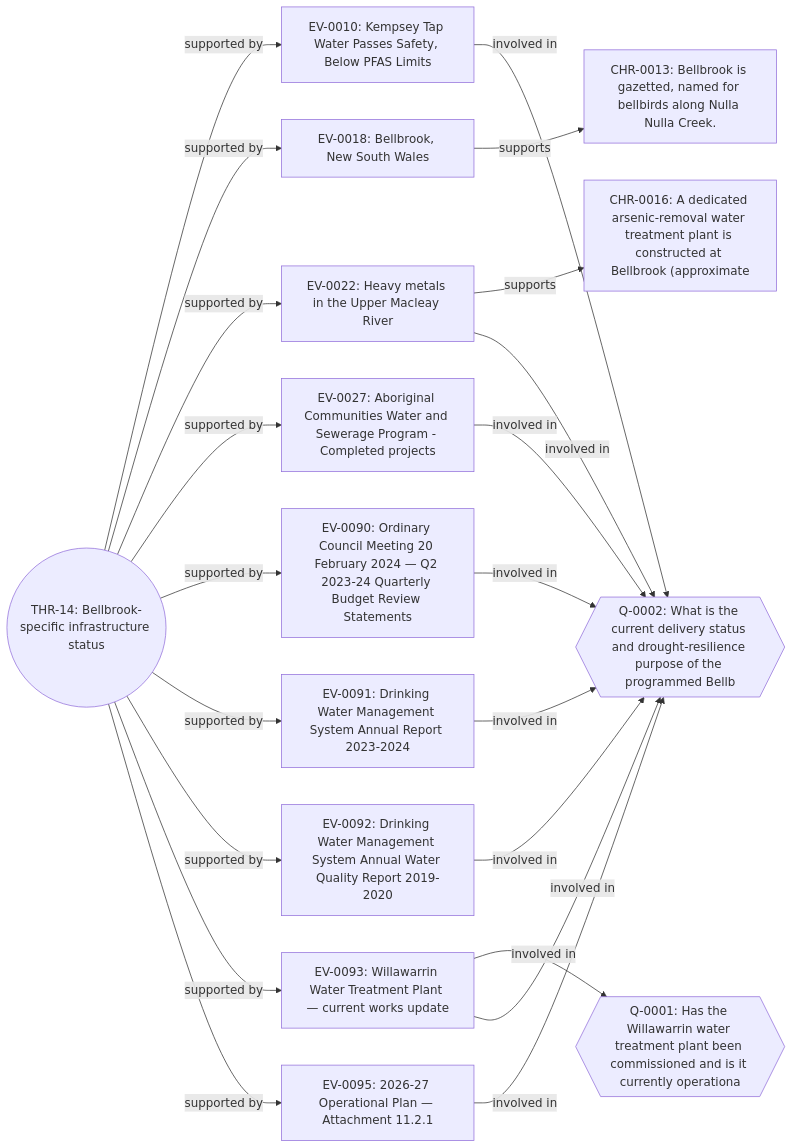
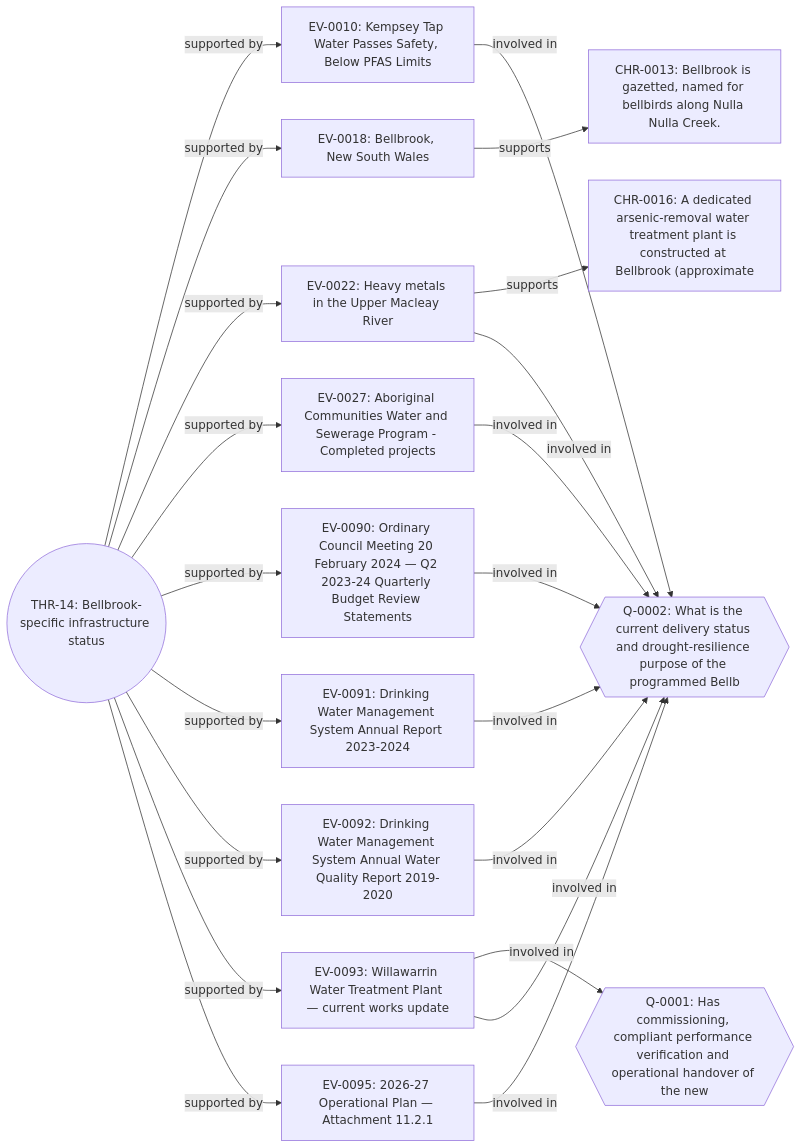
Before and after one commit to mayhem82/mayhem-investigations: diagram 13 of 49 in docs/RELATIONSHIP_MAP.md, drawn with Mermaid. The commit also changed other lines of this file, not shown here.

````diff
--- a/docs/RELATIONSHIP_MAP.md
+++ b/docs/RELATIONSHIP_MAP.md
@@ -422,37 +422,37 @@
 ```mermaid
 flowchart LR
   DFAPTI_BB_2026_00001_THRD_THR_14(("THR-14: Bellbrook-specific infrastructure status"))
   DFAPTI_BB_2026_00001_EVID_EV_0010["EV-0010: Kempsey Tap Water Passes Safety, Below PFAS Limits"]
   DFAPTI_BB_2026_00001_EVID_EV_0018["EV-0018: Bellbrook, New South Wales"]
   DFAPTI_BB_2026_00001_EVID_EV_0022["EV-0022: Heavy metals in the Upper Macleay River"]
   DFAPTI_BB_2026_00001_EVID_EV_0027["EV-0027: Aboriginal Communities Water and Sewerage Program - Completed projects"]
   DFAPTI_BB_2026_00001_EVID_EV_0090["EV-0090: Ordinary Council Meeting 20 February 2024 — Q2 2023-24 Quarterly Budget Review Statements"]
   DFAPTI_BB_2026_00001_EVID_EV_0091["EV-0091: Drinking Water Management System Annual Report 2023-2024"]
   DFAPTI_BB_2026_00001_EVID_EV_0092["EV-0092: Drinking Water Management System Annual Water Quality Report 2019-2020"]
   DFAPTI_BB_2026_00001_EVID_EV_0093["EV-0093: Willawarrin Water Treatment Plant — current works update"]
   DFAPTI_BB_2026_00001_EVID_EV_0095["EV-0095: 2026-27 Operational Plan — Attachment 11.2.1"]
   DFAPTI_BB_2026_00001_QUES_Q_0002{{"Q-0002: What is the current delivery status and drought-resilience purpose of the programmed Bellb"}}
   DFAPTI_BB_2026_00001_CHRO_CHR_0013["CHR-0013: Bellbrook is gazetted, named for bellbirds along Nulla Nulla Creek."]
   DFAPTI_BB_2026_00001_CHRO_CHR_0016["CHR-0016: A dedicated arsenic-removal water treatment plant is constructed at Bellbrook (approximate"]
-  DFAPTI_BB_2026_00001_QUES_Q_0001{{"Q-0001: Has the Willawarrin water treatment plant been commissioned and is it currently operationa"}}
+  DFAPTI_BB_2026_00001_QUES_Q_0001{{"Q-0001: Has commissioning, compliant performance verification and operational handover of the new "}}
   DFAPTI_BB_2026_00001_THRD_THR_14 -- "supported by" --> DFAPTI_BB_2026_00001_EVID_EV_0010
   DFAPTI_BB_2026_00001_THRD_THR_14 -- "supported by" --> DFAPTI_BB_2026_00001_EVID_EV_0018
   DFAPTI_BB_2026_00001_THRD_THR_14 -- "supported by" --> DFAPTI_BB_2026_00001_EVID_EV_0022
   DFAPTI_BB_2026_00001_THRD_THR_14 -- "supported by" --> DFAPTI_BB_2026_00001_EVID_EV_0027
   DFAPTI_BB_2026_00001_THRD_THR_14 -- "supported by" --> DFAPTI_BB_2026_00001_EVID_EV_0090
   DFAPTI_BB_2026_00001_THRD_THR_14 -- "supported by" --> DFAPTI_BB_2026_00001_EVID_EV_0091
   DFAPTI_BB_2026_00001_THRD_THR_14 -- "supported by" --> DFAPTI_BB_2026_00001_EVID_EV_0092
   DFAPTI_BB_2026_00001_THRD_THR_14 -- "supported by" --> DFAPTI_BB_2026_00001_EVID_EV_0093
   DFAPTI_BB_2026_00001_THRD_THR_14 -- "supported by" --> DFAPTI_BB_2026_00001_EVID_EV_0095
   DFAPTI_BB_2026_00001_EVID_EV_0010 -- "involved in" --> DFAPTI_BB_2026_00001_QUES_Q_0002
   DFAPTI_BB_2026_00001_EVID_EV_0018 -- "supports" --> DFAPTI_BB_2026_00001_CHRO_CHR_0013
   DFAPTI_BB_2026_00001_EVID_EV_0022 -- "supports" --> DFAPTI_BB_2026_00001_CHRO_CHR_0016
   DFAPTI_BB_2026_00001_EVID_EV_0022 -- "involved in" --> DFAPTI_BB_2026_00001_QUES_Q_0002
   DFAPTI_BB_2026_00001_EVID_EV_0027 -- "involved in" --> DFAPTI_BB_2026_00001_QUES_Q_0002
   DFAPTI_BB_2026_00001_EVID_EV_0090 -- "involved in" --> DFAPTI_BB_2026_00001_QUES_Q_0002
   DFAPTI_BB_2026_00001_EVID_EV_0091 -- "involved in" --> DFAPTI_BB_2026_00001_QUES_Q_0002
   DFAPTI_BB_2026_00001_EVID_EV_0092 -- "involved in" --> DFAPTI_BB_2026_00001_QUES_Q_0002
   DFAPTI_BB_2026_00001_EVID_EV_0093 -- "involved in" --> DFAPTI_BB_2026_00001_QUES_Q_0001
   DFAPTI_BB_2026_00001_EVID_EV_0093 -- "involved in" --> DFAPTI_BB_2026_00001_QUES_Q_0002
   DFAPTI_BB_2026_00001_EVID_EV_0095 -- "involved in" --> DFAPTI_BB_2026_00001_QUES_Q_0002
 ```
````
